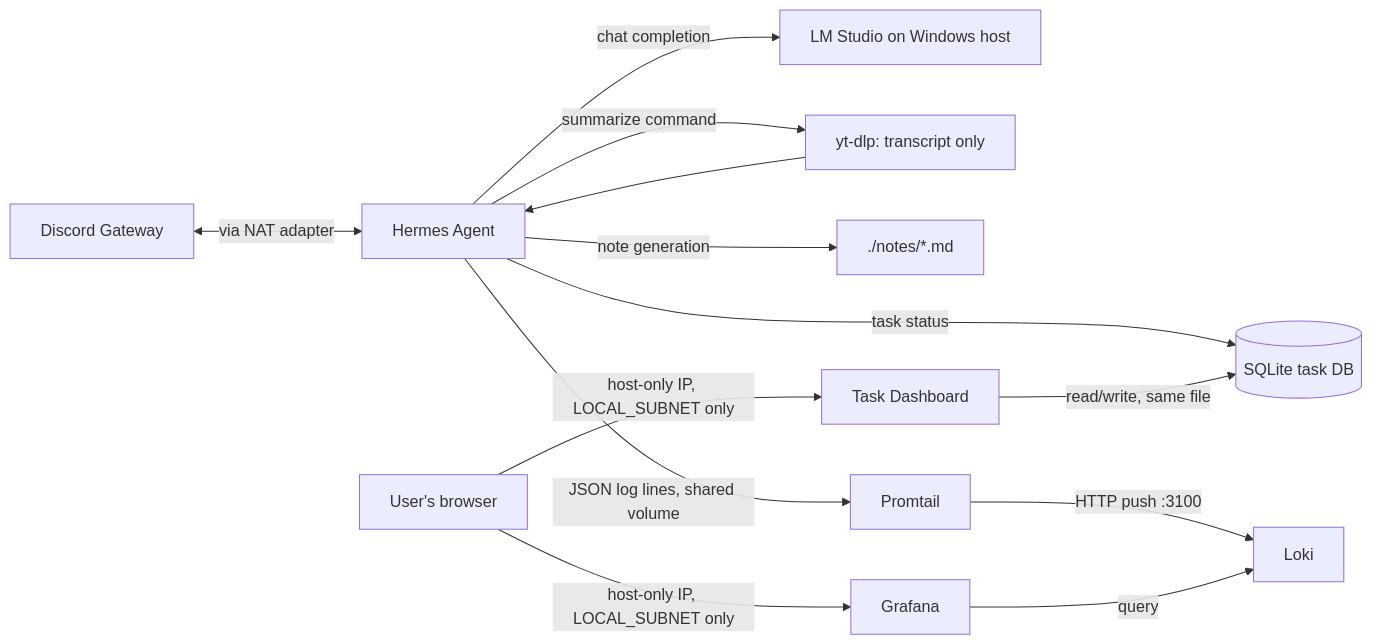
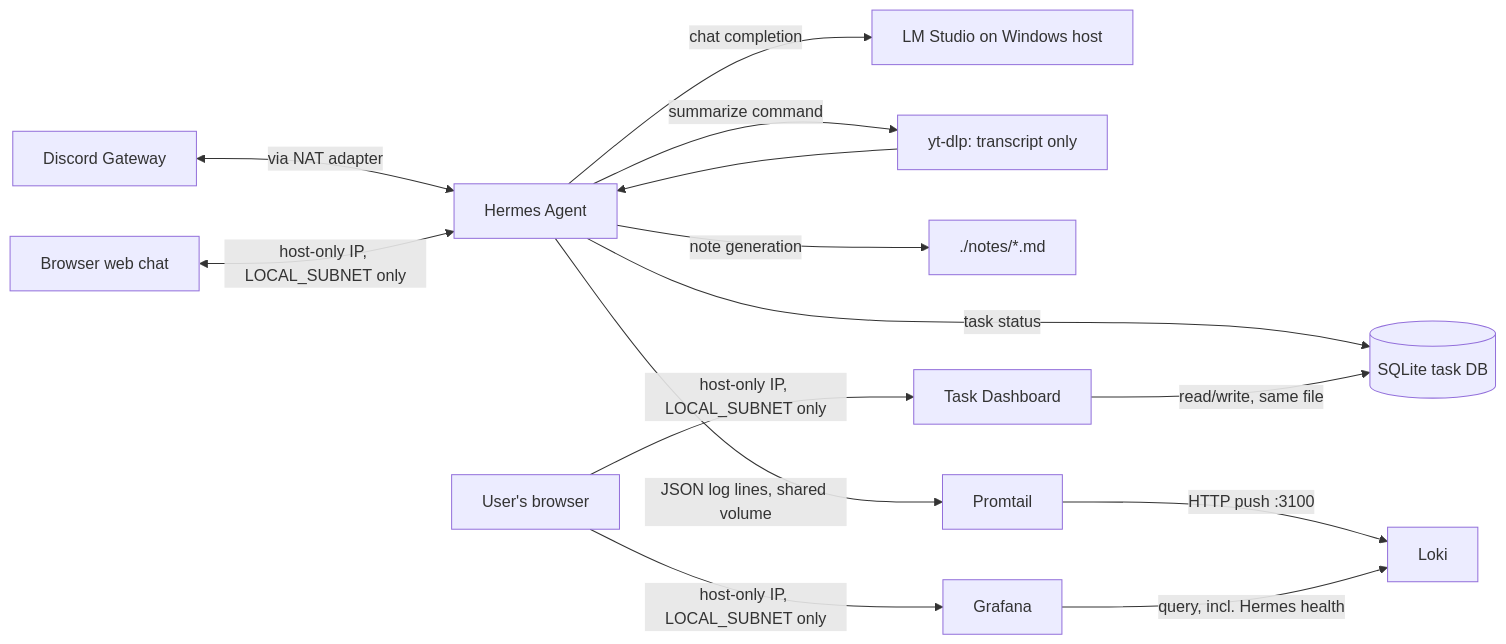
Before and after one commit to cv-ai-sec/cv-hermes: the diagram in docs/ARCHITECTURE.md, drawn with Mermaid. The commit also changed other lines of this file and 20 other files, not shown here.

First line of the commit message:
Add local web chat, soul.md persona, and Hermes health tracking

````diff
--- a/docs/ARCHITECTURE.md
+++ b/docs/ARCHITECTURE.md
@@ -3,15 +3,16 @@
 ```mermaid
 graph LR
   A[Discord Gateway] <-->|via NAT adapter| B[Hermes Agent]
+  V[Browser web chat] <-->|host-only IP, LOCAL_SUBNET only| B
   B -->|chat completion| C[LM Studio on Windows host]
   B -->|summarize command| Y[yt-dlp: transcript only]
   Y --> B
   B -->|note generation| N[./notes/*.md]
   B -->|task status| T[(SQLite task DB)]
   W[Task Dashboard] -->|read/write, same file| T
   U -->|host-only IP, LOCAL_SUBNET only| W
   B -->|JSON log lines, shared volume| D[Promtail]
   D -->|HTTP push :3100| E[Loki]
-  F[Grafana] -->|query| E
+  F[Grafana] -->|query, incl. Hermes health| E
   U[User's browser] -->|host-only IP, LOCAL_SUBNET only| F
 ```
````
